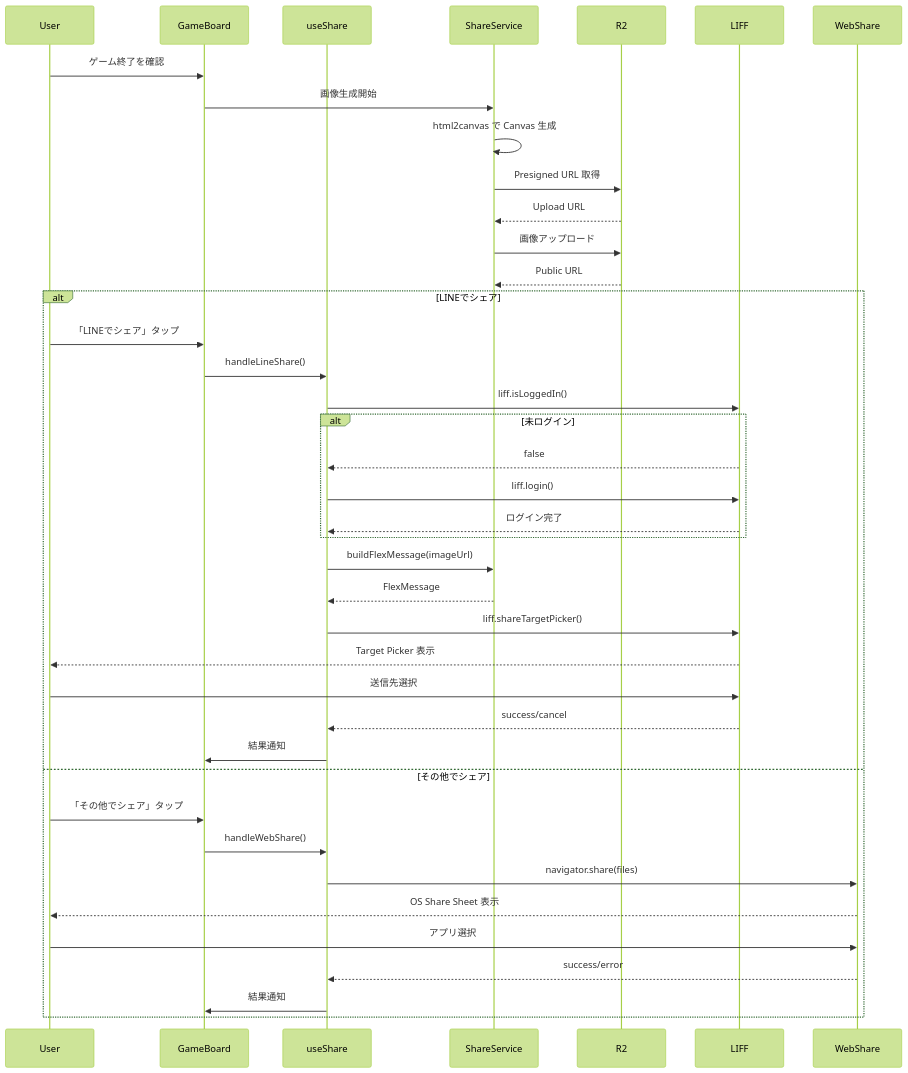
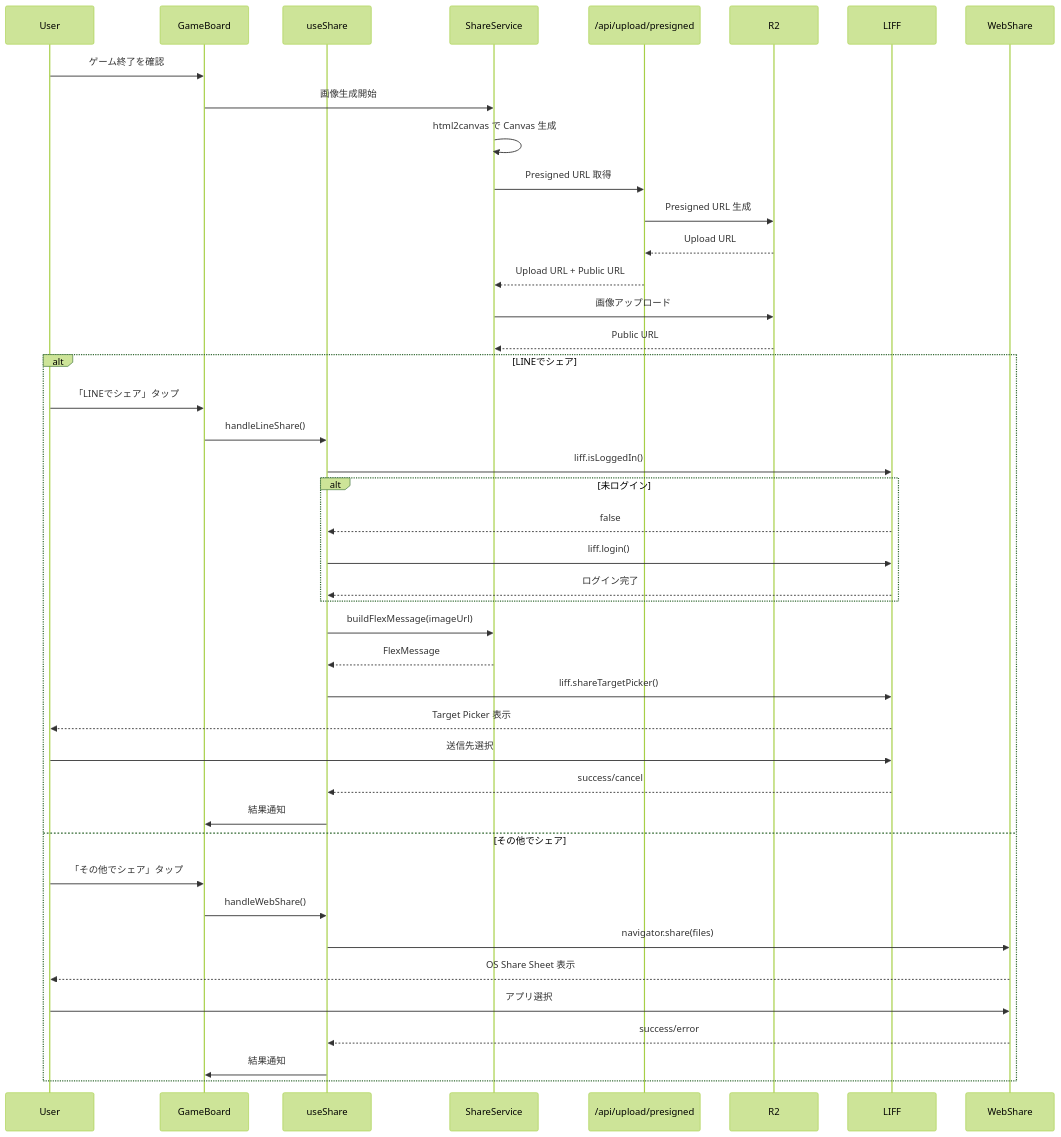
Before and after one commit to noriaki/line-miniapp-reversi: the second of 3 diagrams in .specify/specs/game-result-share/design.md, drawn with Mermaid (forest theme). The commit also changed other lines of this file and 2 other files, not shown here.

First line of the commit message:
docs(spec): update game-result-share for API Routes migration

````diff
--- a/.specify/specs/game-result-share/design.md
+++ b/.specify/specs/game-result-share/design.md
@@ -133,44 +137,47 @@
 ```mermaid
 sequenceDiagram
     participant User
     participant GameBoard
     participant useShare
     participant ShareService
+    participant APIRoutes as /api/upload/presigned
     participant R2
     participant LIFF
     participant WebShare
 
     User->>GameBoard: ゲーム終了を確認
     GameBoard->>ShareService: 画像生成開始
     ShareService->>ShareService: html2canvas で Canvas 生成
-    ShareService->>R2: Presigned URL 取得
-    R2-->>ShareService: Upload URL
+    ShareService->>APIRoutes: Presigned URL 取得
+    APIRoutes->>R2: Presigned URL 生成
+    R2-->>APIRoutes: Upload URL
+    APIRoutes-->>ShareService: Upload URL + Public URL
     ShareService->>R2: 画像アップロード
     R2-->>ShareService: Public URL
 
     alt LINEでシェア
         User->>GameBoard: 「LINEでシェア」タップ
         GameBoard->>useShare: handleLineShare()
         useShare->>LIFF: liff.isLoggedIn()
         alt 未ログイン
             LIFF-->>useShare: false
             useShare->>LIFF: liff.login()
             LIFF-->>useShare: ログイン完了
         end
         useShare->>ShareService: buildFlexMessage(imageUrl)
         ShareService-->>useShare: FlexMessage
         useShare->>LIFF: liff.shareTargetPicker()
         LIFF-->>User: Target Picker 表示
         User->>LIFF: 送信先選択
         LIFF-->>useShare: success/cancel
         useShare->>GameBoard: 結果通知
     else その他でシェア
         User->>GameBoard: 「その他でシェア」タップ
         GameBoard->>useShare: handleWebShare()
         useShare->>WebShare: navigator.share(files)
         WebShare-->>User: OS Share Sheet 表示
         User->>WebShare: アプリ選択
         WebShare-->>useShare: success/error
         useShare->>GameBoard: 結果通知
     end
 ```
````
